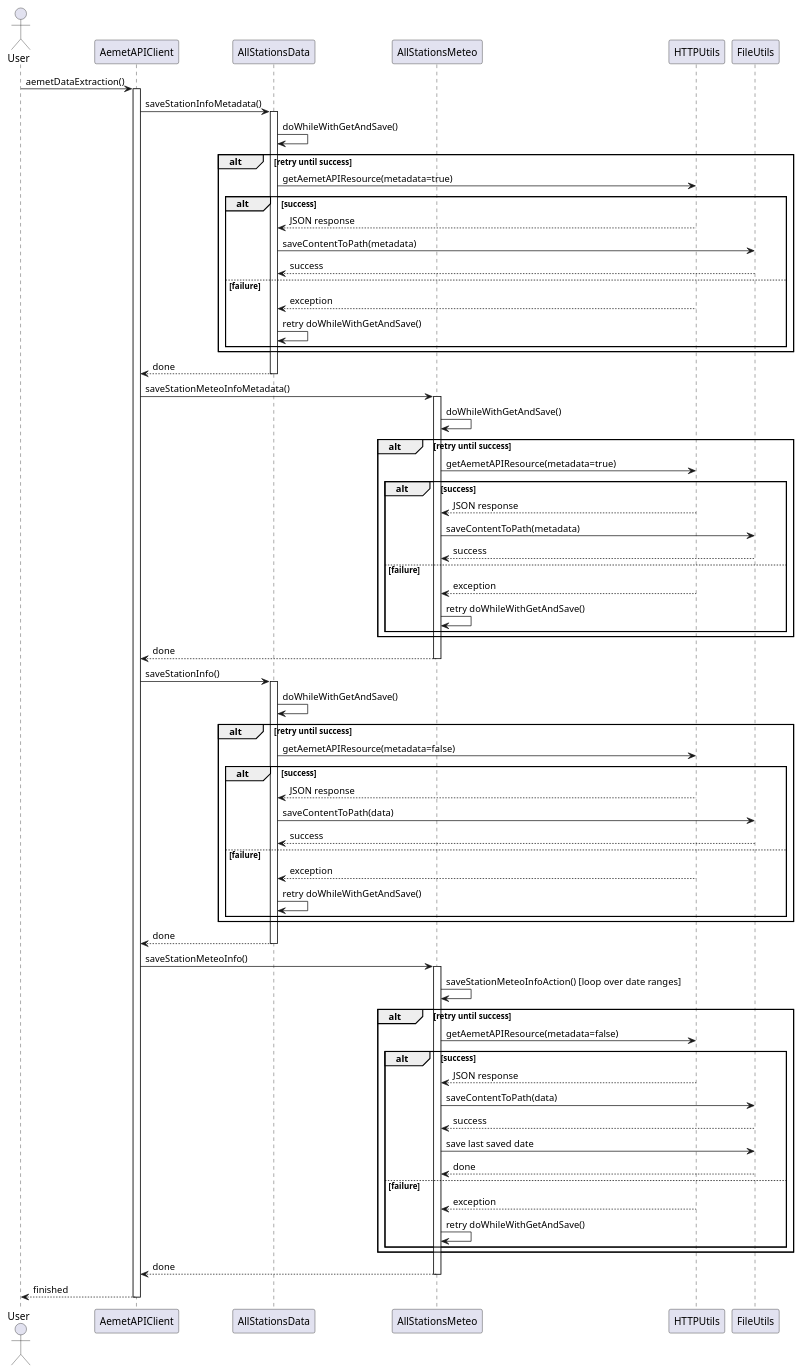
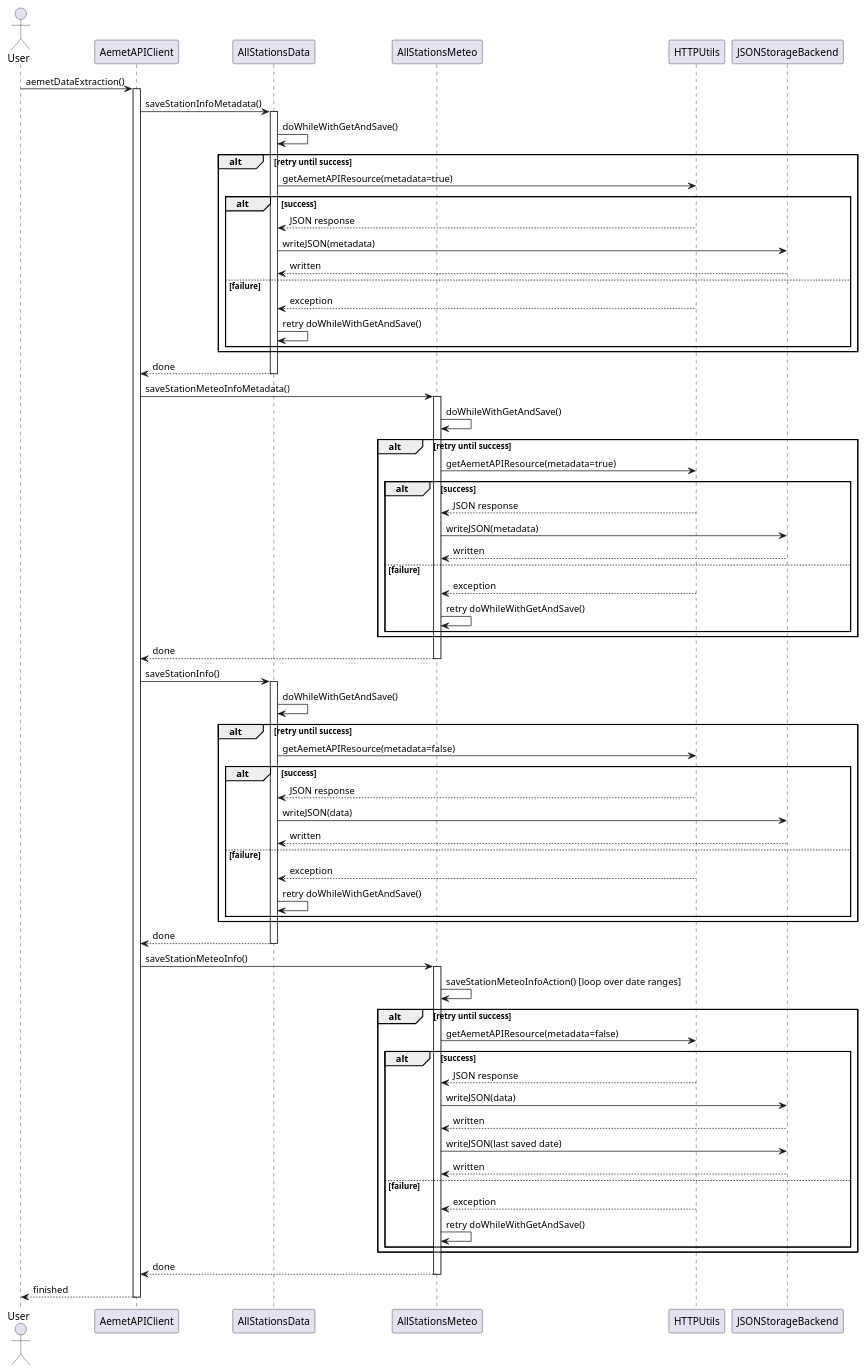
The diagram in big-data-core/documentation/plantuml/data_extraction/aemet/data_extraction_execution.plantuml (cfkr-dev/aemet_spark_study), drawn with PlantUML before and after one commit. The commit also changed 24 other files, not shown here.

Commit message:
Main projects diagrams refactor

```diff
--- a/big-data-core/documentation/plantuml/data_extraction/aemet/data_extraction_execution.plantuml
+++ b/big-data-core/documentation/plantuml/data_extraction/aemet/data_extraction_execution.plantuml
@@ -1,89 +1,89 @@
 @startuml
 actor User
 
 participant "AemetAPIClient" as AEMET_CLIENT
 participant "AllStationsData" as STATION_DATA
 participant "AllStationsMeteo" as METEO_DATA
 participant "HTTPUtils" as HTTP_UTILS
-participant "FileUtils" as FILE_UTILS
+participant "JSONStorageBackend" as JSON_STORAGE_BACKEND
 
 User -> AEMET_CLIENT : aemetDataExtraction()
 activate AEMET_CLIENT
 
 '--- Station Metadata ---
 AEMET_CLIENT -> STATION_DATA : saveStationInfoMetadata()
 activate STATION_DATA
 STATION_DATA -> STATION_DATA : doWhileWithGetAndSave()
 alt retry until success
     STATION_DATA -> HTTP_UTILS : getAemetAPIResource(metadata=true)
     alt success
         HTTP_UTILS --> STATION_DATA : JSON response
-        STATION_DATA -> FILE_UTILS : saveContentToPath(metadata)
-        FILE_UTILS --> STATION_DATA : success
+        STATION_DATA -> JSON_STORAGE_BACKEND : writeJSON(metadata)
+        JSON_STORAGE_BACKEND --> STATION_DATA : written
     else failure
         HTTP_UTILS --> STATION_DATA : exception
         STATION_DATA -> STATION_DATA : retry doWhileWithGetAndSave()
     end
 end
 STATION_DATA --> AEMET_CLIENT : done
 deactivate STATION_DATA
 
 '--- Meteo Metadata ---
 AEMET_CLIENT -> METEO_DATA : saveStationMeteoInfoMetadata()
 activate METEO_DATA
 METEO_DATA -> METEO_DATA : doWhileWithGetAndSave()
 alt retry until success
     METEO_DATA -> HTTP_UTILS : getAemetAPIResource(metadata=true)
     alt success
         HTTP_UTILS --> METEO_DATA : JSON response
-        METEO_DATA -> FILE_UTILS : saveContentToPath(metadata)
-        FILE_UTILS --> METEO_DATA : success
+        METEO_DATA -> JSON_STORAGE_BACKEND : writeJSON(metadata)
+        JSON_STORAGE_BACKEND --> METEO_DATA : written
     else failure
         HTTP_UTILS --> METEO_DATA : exception
         METEO_DATA -> METEO_DATA : retry doWhileWithGetAndSave()
     end
 end
 METEO_DATA --> AEMET_CLIENT : done
 deactivate METEO_DATA
 
 '--- Station Data ---
 AEMET_CLIENT -> STATION_DATA : saveStationInfo()
 activate STATION_DATA
 STATION_DATA -> STATION_DATA : doWhileWithGetAndSave()
 alt retry until success
     STATION_DATA -> HTTP_UTILS : getAemetAPIResource(metadata=false)
     alt success
         HTTP_UTILS --> STATION_DATA : JSON response
-        STATION_DATA -> FILE_UTILS : saveContentToPath(data)
-        FILE_UTILS --> STATION_DATA : success
+        STATION_DATA -> JSON_STORAGE_BACKEND : writeJSON(data)
+        JSON_STORAGE_BACKEND --> STATION_DATA : written
     else failure
         HTTP_UTILS --> STATION_DATA : exception
         STATION_DATA -> STATION_DATA : retry doWhileWithGetAndSave()
     end
 end
 STATION_DATA --> AEMET_CLIENT : done
 deactivate STATION_DATA
 
 '--- Meteo Data ---
 AEMET_CLIENT -> METEO_DATA : saveStationMeteoInfo()
 activate METEO_DATA
 METEO_DATA -> METEO_DATA : saveStationMeteoInfoAction() [loop over date ranges]
 alt retry until success
     METEO_DATA -> HTTP_UTILS : getAemetAPIResource(metadata=false)
     alt success
         HTTP_UTILS --> METEO_DATA : JSON response
-        METEO_DATA -> FILE_UTILS : saveContentToPath(data)
-        FILE_UTILS --> METEO_DATA : success
-        METEO_DATA -> FILE_UTILS : save last saved date
-        FILE_UTILS --> METEO_DATA : done
+        METEO_DATA -> JSON_STORAGE_BACKEND : writeJSON(data)
+        JSON_STORAGE_BACKEND --> METEO_DATA : written
+        METEO_DATA -> JSON_STORAGE_BACKEND : writeJSON(last saved date)
+        JSON_STORAGE_BACKEND --> METEO_DATA : written
     else failure
         HTTP_UTILS --> METEO_DATA : exception
         METEO_DATA -> METEO_DATA : retry doWhileWithGetAndSave()
     end
 end
 METEO_DATA --> AEMET_CLIENT : done
 deactivate METEO_DATA
 
 AEMET_CLIENT --> User : finished
 deactivate AEMET_CLIENT
 @enduml
```
